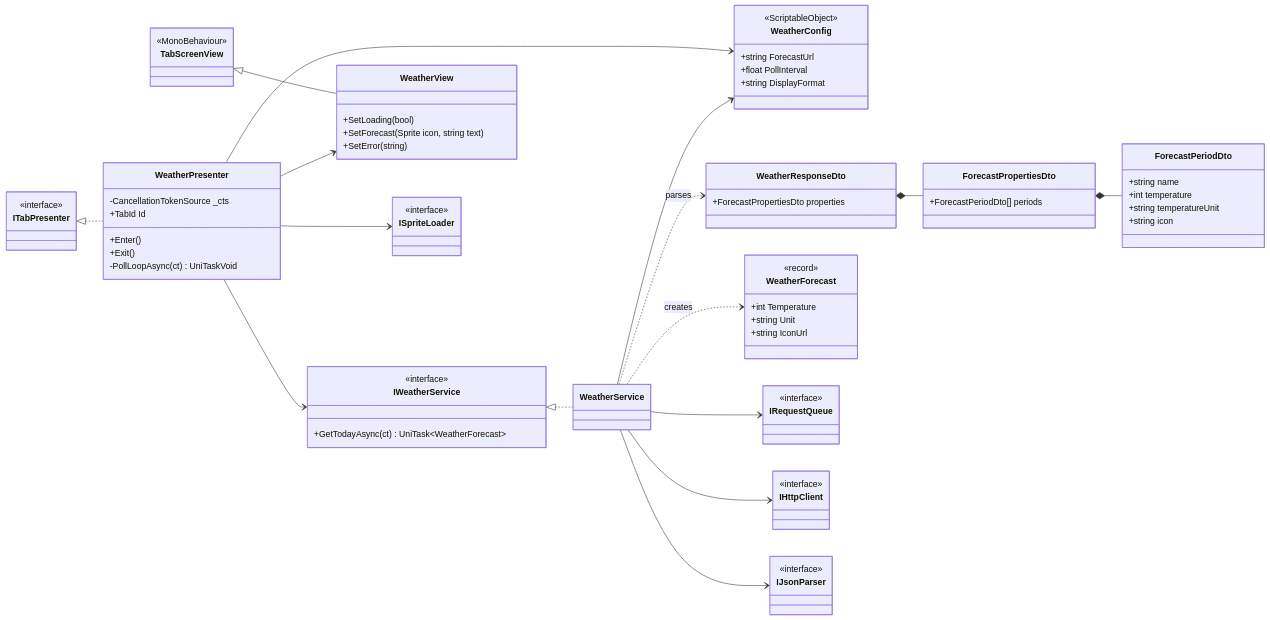
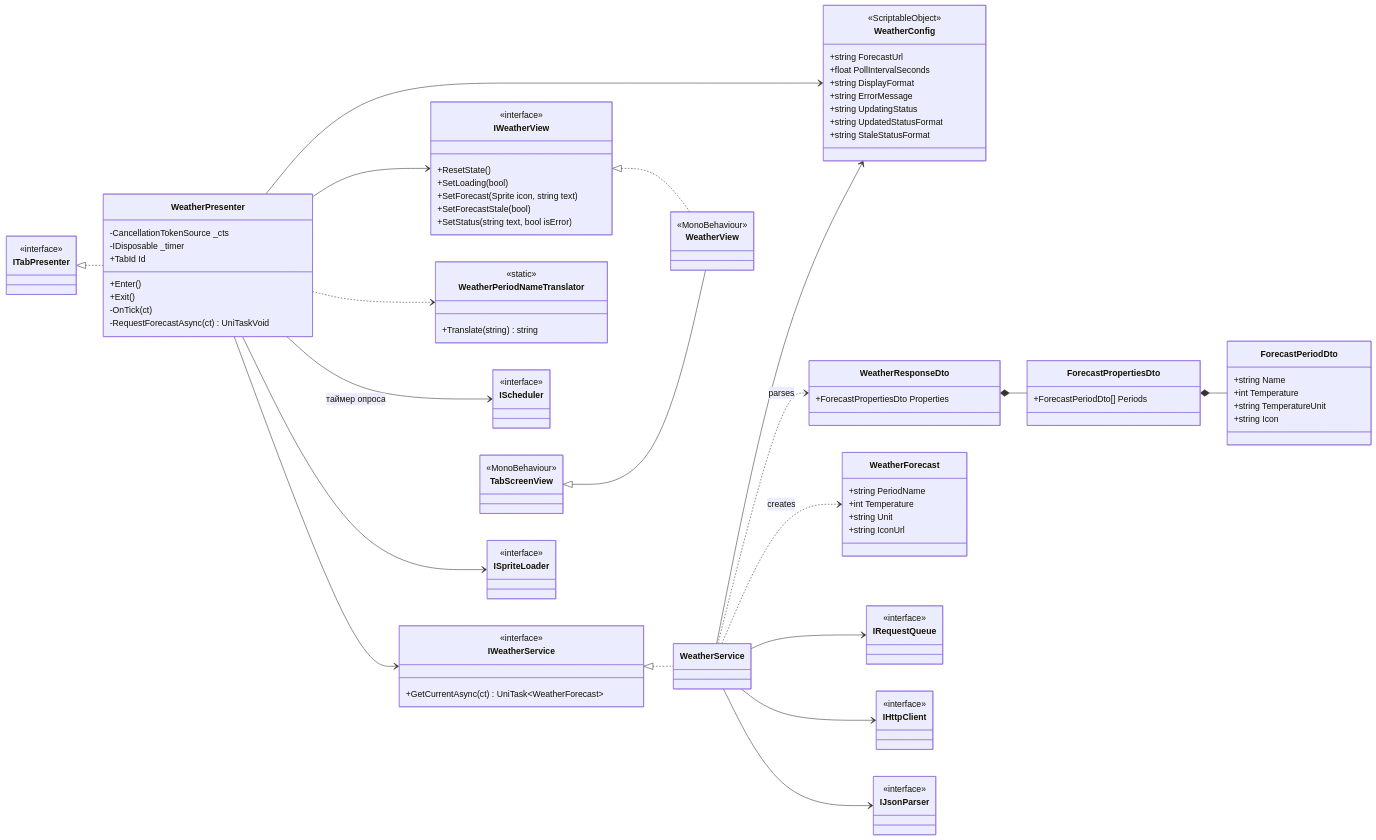
Before and after one commit to PinochetLab/test-task-ckr-system: the fourth of 6 diagrams in Docs/Architecture.md, drawn with Mermaid. The commit also changed other lines of this file, not shown here.

Commit message:
updated architecture docs

```diff
--- a/Docs/Architecture.md
+++ b/Docs/Architecture.md
@@ -437,43 +473,62 @@
     class WeatherConfig {
         <<ScriptableObject>>
         +string ForecastUrl
-        +float PollInterval
+        +float PollIntervalSeconds
         +string DisplayFormat
+        +string ErrorMessage
+        +string UpdatingStatus
+        +string UpdatedStatusFormat
+        +string StaleStatusFormat
     }
     class WeatherResponseDto {
-        +ForecastPropertiesDto properties
+        +ForecastPropertiesDto Properties
     }
     class ForecastPropertiesDto {
-        +ForecastPeriodDto[] periods
+        +ForecastPeriodDto[] Periods
     }
     class ForecastPeriodDto {
-        +string name
-        +int temperature
-        +string temperatureUnit
-        +string icon
+        +string Name
+        +int Temperature
+        +string TemperatureUnit
+        +string Icon
     }
     class WeatherForecast {
-        <<record>>
+        +string PeriodName
         +int Temperature
         +string Unit
         +string IconUrl
     }
     class IWeatherService {
         <<interface>>
-        +GetTodayAsync(ct) UniTask~WeatherForecast~
+        +GetCurrentAsync(ct) UniTask~WeatherForecast~
     }
     class WeatherService
+    class WeatherPeriodNameTranslator {
+        <<static>>
+        +Translate(string) string
+    }
     class WeatherPresenter {
         -CancellationTokenSource _cts
+        -IDisposable _timer
         +TabId Id
         +Enter()
         +Exit()
-        -PollLoopAsync(ct) UniTaskVoid
+        -OnTick(ct)
+        -RequestForecastAsync(ct) UniTaskVoid
+    }
+    class IScheduler {
+        <<interface>>
+    }
+    class IWeatherView {
+        <<interface>>
+        +ResetState()
+        +SetLoading(bool)
+        +SetForecast(Sprite icon, string text)
+        +SetForecastStale(bool)
+        +SetStatus(string text, bool isError)
     }
     class WeatherView {
-        +SetLoading(bool)
-        +SetForecast(Sprite icon, string text)
-        +SetError(string)
+        <<MonoBehaviour>>
     }
     class IRequestQueue {
         <<interface>>
@@ -489,12 +544,15 @@
     }
 
     ITabPresenter <|.. WeatherPresenter
+    IWeatherView <|.. WeatherView
     TabScreenView <|-- WeatherView
     IWeatherService <|.. WeatherService
-    WeatherPresenter --> WeatherView
+    WeatherPresenter --> IWeatherView
     WeatherPresenter --> IWeatherService
     WeatherPresenter --> ISpriteLoader
     WeatherPresenter --> WeatherConfig
+    WeatherPresenter --> IScheduler : таймер опроса
+    WeatherPresenter ..> WeatherPeriodNameTranslator
     WeatherService --> IRequestQueue
     WeatherService --> IHttpClient
     WeatherService --> IJsonParser
```
